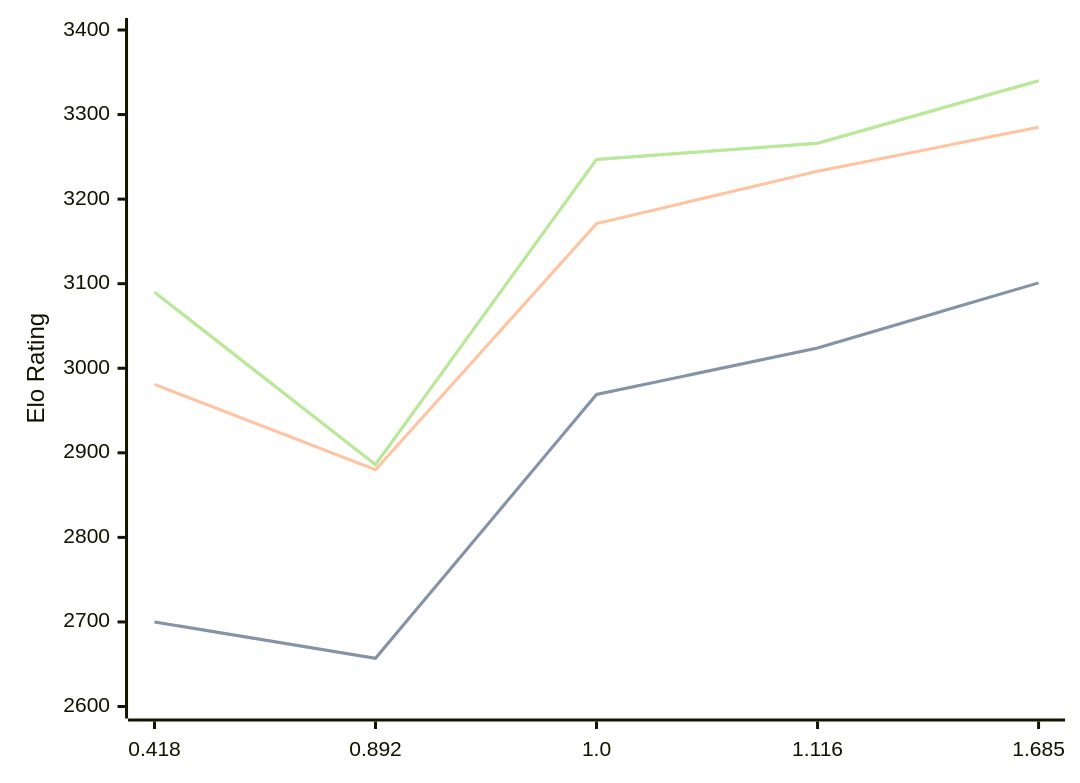
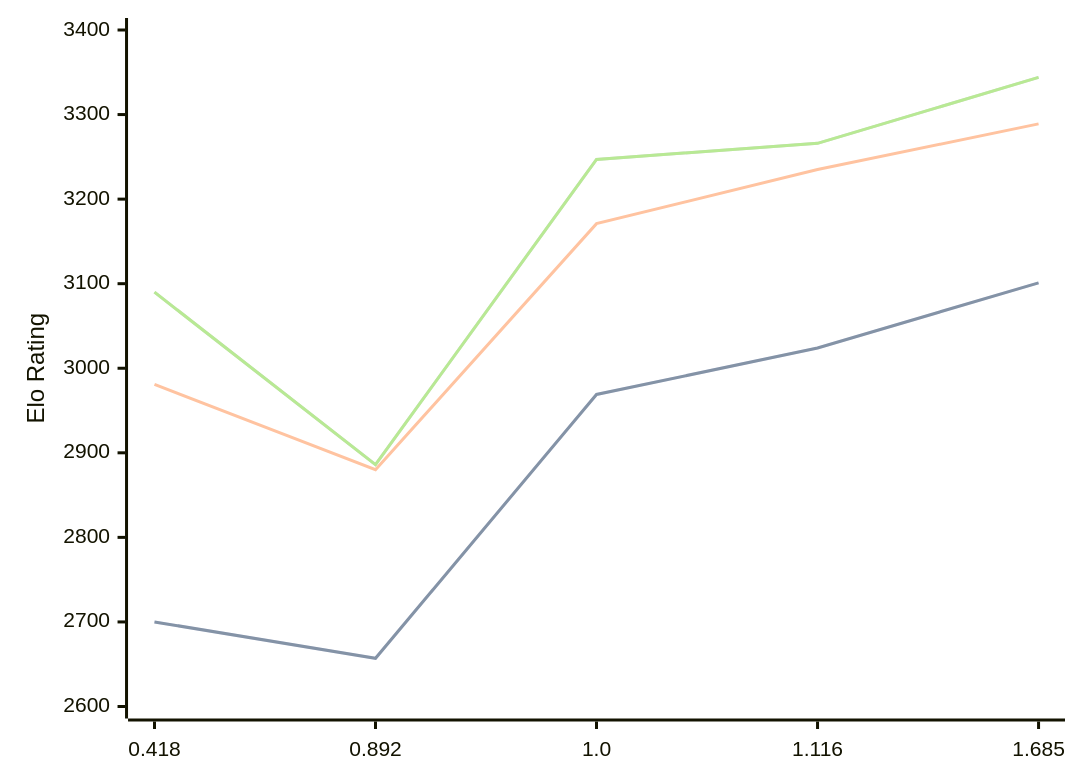
One commit to computer-chess-index/cci changed the diagram in engines/Malika.md. Above: the diagram before and after it, drawn with Mermaid. The commit also changed other lines of this file, not shown here.

Commit message:
Update CCI Ratings (ELO VLTC) - 2026-07-29

````diff
--- a/engines/Malika.md
+++ b/engines/Malika.md
@@ -35,11 +35,11 @@
 ```mermaid
 %%{init: {"theme":"base","themeVariables":{"seriesColors:['#a3a3a3','#222221','#faa371']}}}%%
 xychart-beta
   x-axis ["0.418", "0.892", "1.0", "1.116", "1.685"]
   y-axis "Elo Rating" 2600 --> 3400
   line "STC (8.0+0.08s)" [2700, 2657, 2969, 3024, 3101]
   line "STC (8.0+0.08s)" [2700, 2657, 2969, 3024, 3101]
-  line "LTC (60.0+0.60s)" [2981, 2880, 3171, 3233, 3285]
-  line "VLTC (2m24s+1.12s)" [3090, 2886, 3247, 3266, 3340]
-  line "VLTC (2m24s+1.12s)" [3090, 2886, 3247, 3266, 3340]
+  line "LTC (60.0+0.60s)" [2981, 2880, 3171, 3235, 3289]
+  line "VLTC (2m24s+1.12s)" [3090, 2886, 3247, 3266, 3344]
+  line "VLTC (2m24s+1.12s)" [3090, 2886, 3247, 3266, 3344]
 ```
````
